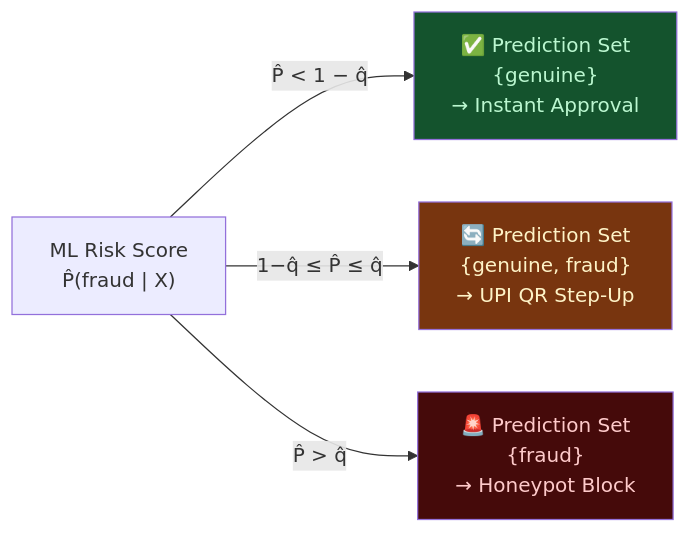
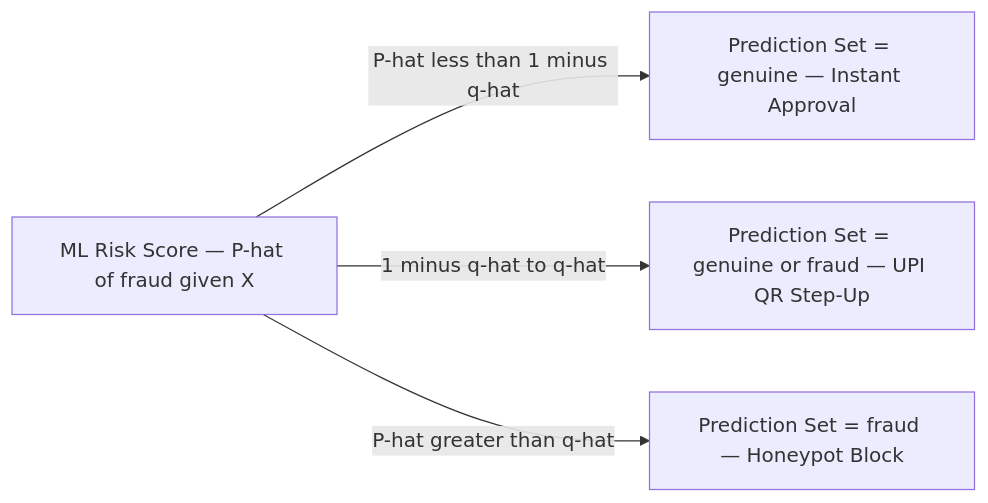
Before and after one commit to GeekLuffy/RazorVigil: the second of 3 diagrams in README.md, drawn with Mermaid. The commit also changed other lines of this file, not shown here.

First line of the commit message:
fix(readme): resolve Mermaid and KaTeX GitHub rendering failures

````diff
--- a/README.md
+++ b/README.md
@@ -93,12 +93,8 @@
 ```mermaid
 flowchart LR
-    SCORE["ML Risk Score\nP̂(fraud | X)"]
+    SCORE["ML Risk Score — P-hat of fraud given X"]
 
-    SCORE -->|"P̂ < 1 − q̂"| GENUINE["✅ Prediction Set\n{genuine}\n→ Instant Approval"]
-    SCORE -->|"1−q̂ ≤ P̂ ≤ q̂"| UNCERTAIN["🔄 Prediction Set\n{genuine, fraud}\n→ UPI QR Step-Up"]
-    SCORE -->|"P̂ > q̂"| FRAUD["🚨 Prediction Set\n{fraud}\n→ Honeypot Block"]
-
-    style GENUINE fill:#14532d,color:#bbf7d0
-    style UNCERTAIN fill:#78350f,color:#fef3c7
-    style FRAUD fill:#450a0a,color:#fecaca
+    SCORE -->|"P-hat less than 1 minus q-hat"| GENUINE["Prediction Set = genuine — Instant Approval"]
+    SCORE -->|"1 minus q-hat to q-hat"| UNCERTAIN["Prediction Set = genuine or fraud — UPI QR Step-Up"]
+    SCORE -->|"P-hat greater than q-hat"| FRAUD["Prediction Set = fraud — Honeypot Block"]
 ```
````
